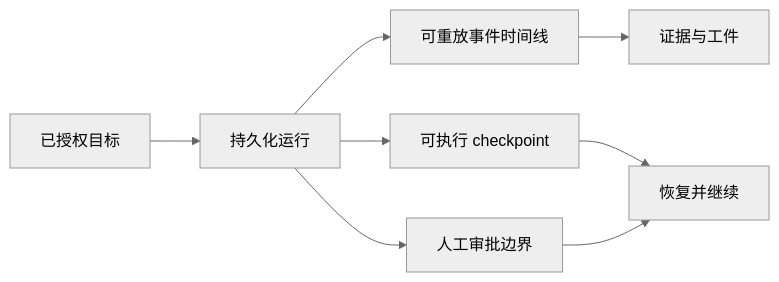
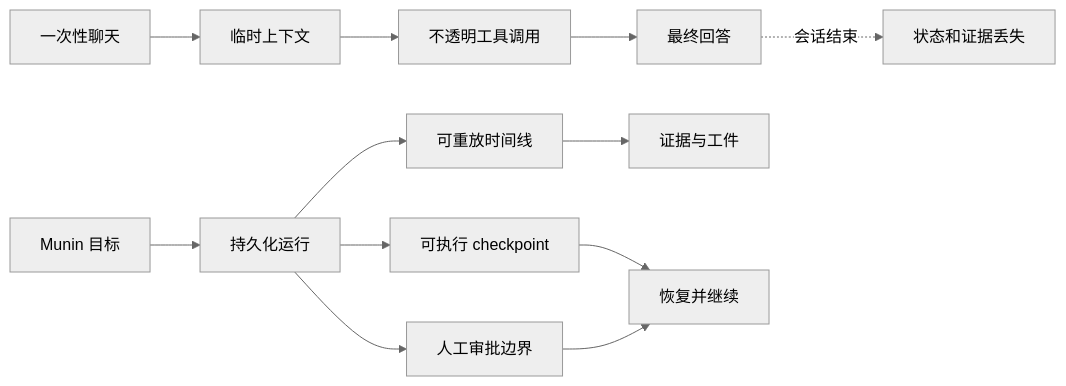
Before and after one commit to PrinceOfPwn/Munin: the second of 5 diagrams in README.zh-CN.md, drawn with Mermaid (neutral theme). The commit also changed other lines of this file, not shown here.

````diff
--- a/README.zh-CN.md
+++ b/README.zh-CN.md
@@ -34,10 +68,15 @@
 ```mermaid
 flowchart LR
-    Objective[已授权目标] --> Run[持久化运行]
-    Run --> Events[可重放事件时间线]
+    Chat[一次性聊天] --> Temp[临时上下文]
+    Temp --> Opaque[不透明工具调用]
+    Opaque --> Answer[最终回答]
+    Answer -. 会话结束 .-> Lost[状态和证据丢失]
+
+    Objective[Munin 目标] --> Run[持久化运行]
+    Run --> Timeline[可重放时间线]
     Run --> Approval[人工审批边界]
     Run --> Checkpoint[可执行 checkpoint]
-    Events --> Evidence[证据与工件]
+    Timeline --> Evidence[证据与工件]
     Checkpoint --> Resume[恢复并继续]
     Approval --> Resume
 ```
````
